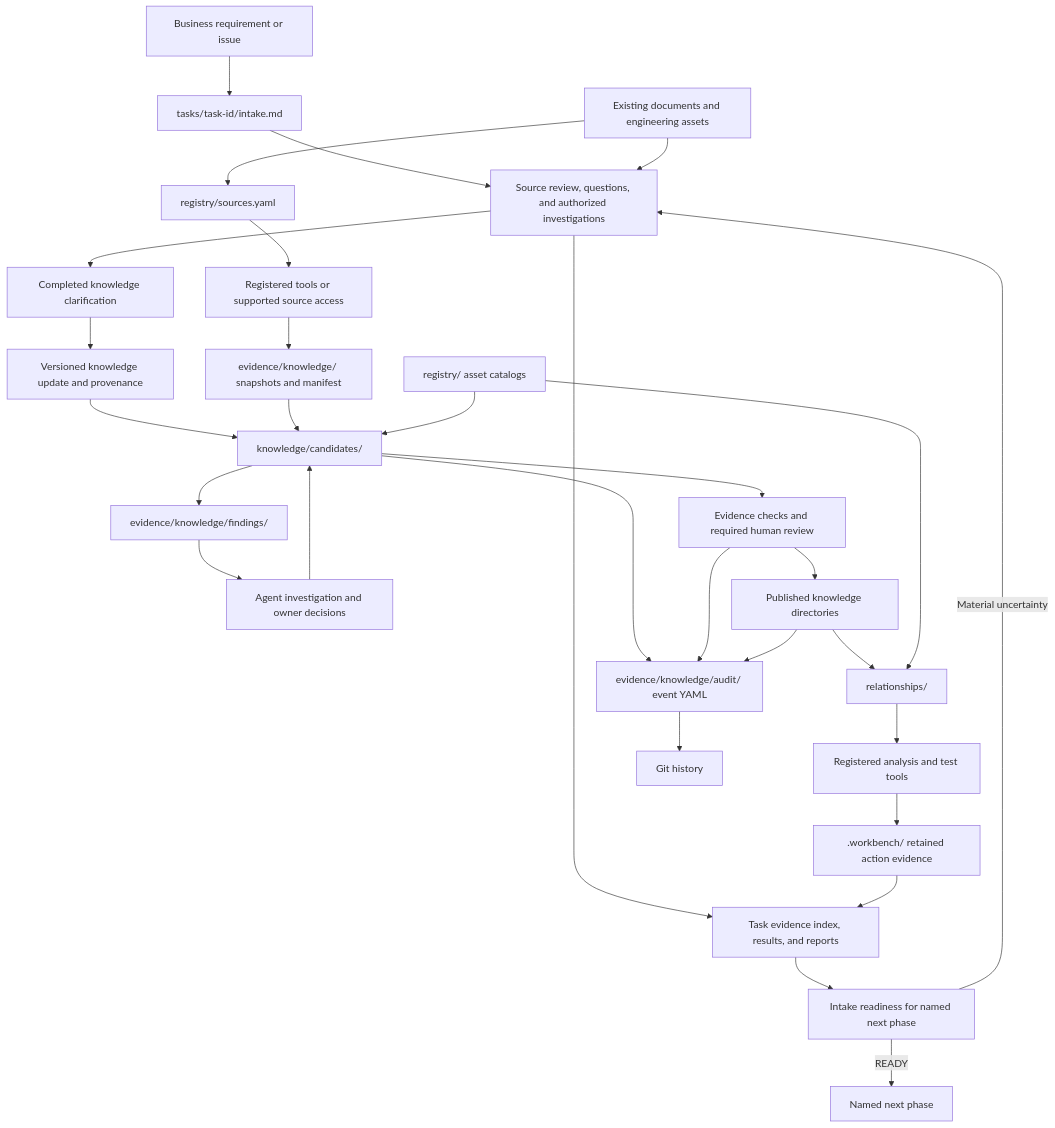
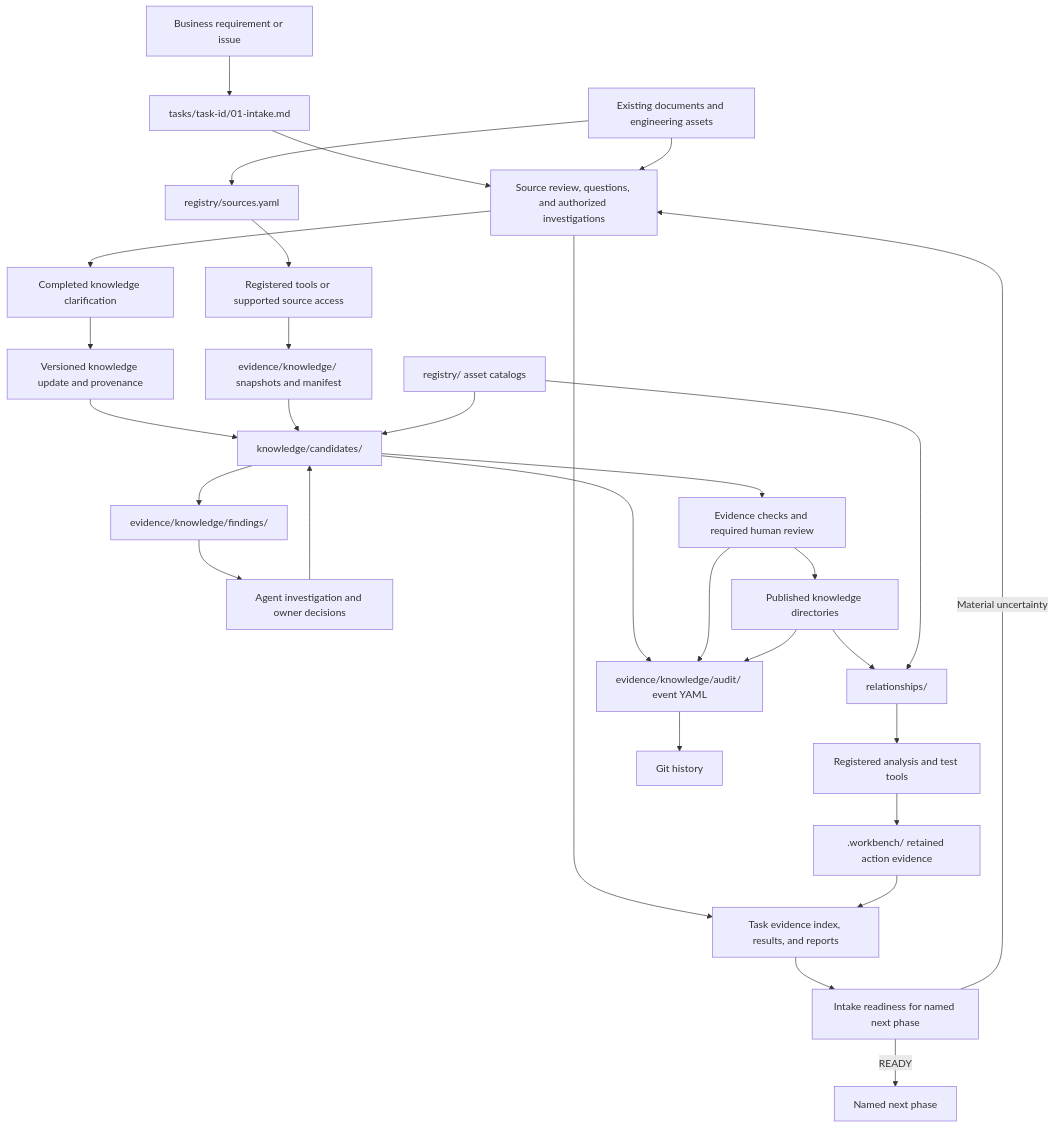
Before and after one commit to lushevol/sdlc-workbench: the first of 2 diagrams in docs/WORKSPACE_DESIGN.md, drawn with Mermaid. The commit also changed other lines of this file and 63 other files, not shown here.

````diff
--- a/docs/WORKSPACE_DESIGN.md
+++ b/docs/WORKSPACE_DESIGN.md
@@ -266,32 +266,32 @@
 ```mermaid
 flowchart TD
-  Request[Business requirement or issue] --> Intake[tasks/task-id/intake.md]
+  Request[Business requirement or issue] --> Intake[tasks/task-id/01-intake.md]
   Intake --> Collection[Source review, questions, and authorized investigations]
   Collection --> TaskEvidence[Task evidence index, results, and reports]
   Collection --> Clarification[Completed knowledge clarification]
   Clarification --> KnowledgeUpdate[Versioned knowledge update and provenance]
   KnowledgeUpdate --> Candidates
   TaskEvidence --> Readiness[Intake readiness for named next phase]
   Readiness -->|Material uncertainty| Collection
   Readiness -->|READY| Next[Named next phase]
   External[Existing documents and engineering assets] --> Sources[registry/sources.yaml]
   External --> Collection
   Sources --> Access[Registered tools or supported source access]
   Access --> Raw[evidence/knowledge/ snapshots and manifest]
   Raw --> Candidates[knowledge/candidates/]
   Candidates --> Findings[evidence/knowledge/findings/]
   Findings --> Investigation[Agent investigation and owner decisions]
   Investigation --> Candidates
   Candidates --> Review[Evidence checks and required human review]
   Review --> Published[Published knowledge directories]
   Published --> Relationships[relationships/]
   Relationships --> Execution[Registered analysis and test tools]
   Execution --> Evidence[.workbench/ retained action evidence]
   Evidence --> TaskEvidence
   Candidates --> Audit[evidence/knowledge/audit/ event YAML]
   Review --> Audit
   Published --> Audit
   Audit --> History[Git history]
   Registry[registry/ asset catalogs] --> Candidates
   Registry --> Relationships
 ```
````
